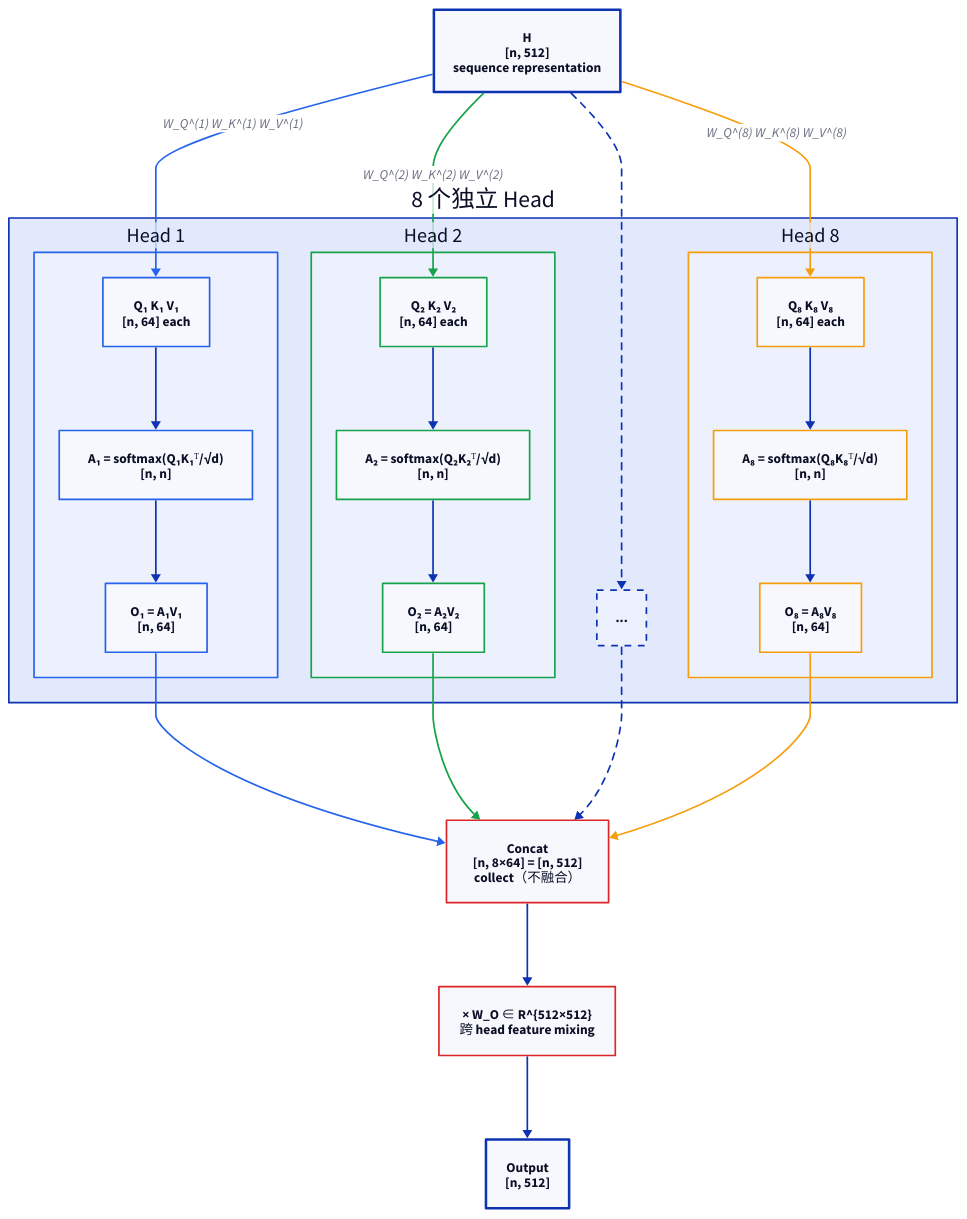
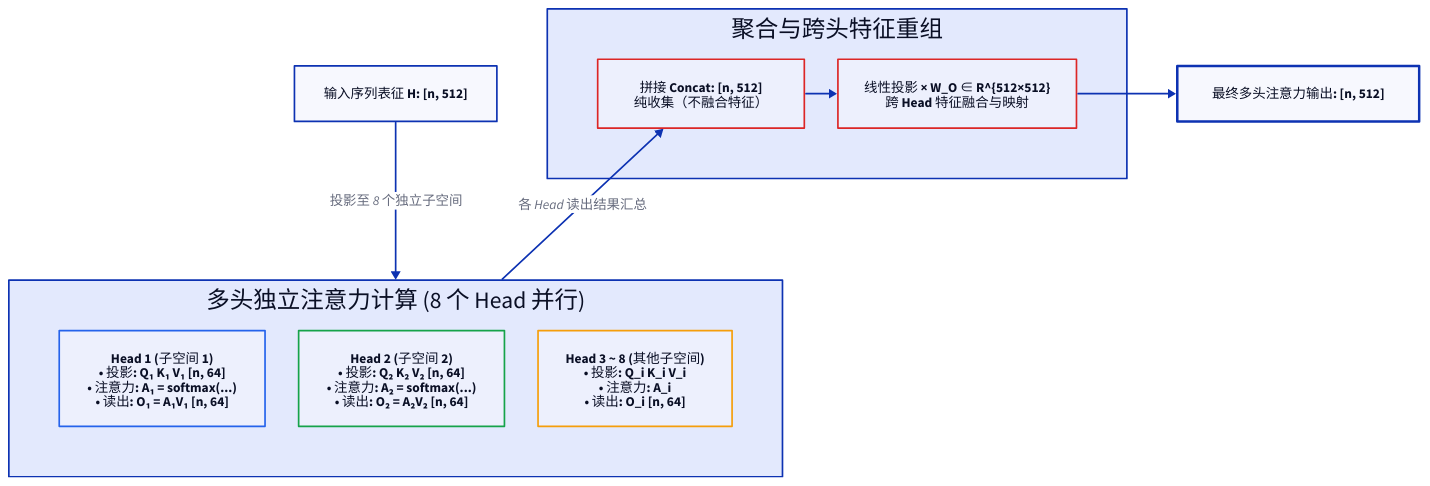
The diagram in images/multi-head-attention/mha-dataflow.d2 (111qqz/111qqz.github.io), drawn with D2 before and after one commit. The commit also changed 664 other files, not shown here.

Commit message:
fix: 修复近一月博文AI味、修正分类并重构超高D2图表 111qqz/hugo-blog@6bf4f5b307e531cbd004f0fceee9afe3fb040510

```diff
--- a/images/multi-head-attention/mha-dataflow.d2
+++ b/images/multi-head-attention/mha-dataflow.d2
@@ -1,116 +1,48 @@
 direction: down
 
-H: "H\n[n, 512]\nsequence representation" {
+H: "输入序列表征 H: [n, 512]" {
+  style.bold: true
+  style.stroke-width: 2
+}
+
+heads: "多头独立注意力计算 (8 个 Head 并行)" {
+  grid-columns: 3
+
+  head1: "Head 1 (子空间 1)\n• 投影: Q₁ K₁ V₁ [n, 64]\n• 注意力: A₁ = softmax(...)\n• 读出: O₁ = A₁V₁ [n, 64]" {
+    style.stroke: "#2563eb"
+    style.bold: true
+  }
+
+  head2: "Head 2 (子空间 2)\n• 投影: Q₂ K₂ V₂ [n, 64]\n• 注意力: A₂ = softmax(...)\n• 读出: O₂ = A₂V₂ [n, 64]" {
+    style.stroke: "#16a34a"
+    style.bold: true
+  }
+
+  head_more: "Head 3 ~ 8 (其他子空间)\n• 投影: Q_i K_i V_i\n• 注意力: A_i\n• 读出: O_i [n, 64]" {
+    style.stroke: "#f59e0b"
+    style.bold: true
+  }
+}
+
+merge: "聚合与跨头特征重组" {
+  grid-columns: 2
+  concat: "拼接 Concat: [n, 512]\n纯收集（不融合特征）" {
+    style.stroke: "#dc2626"
+    style.stroke-width: 2
+  }
+  wo: "线性投影 × W_O ∈ R^{512×512}\n跨 Head 特征融合与映射" {
+    style.stroke: "#dc2626"
+    style.stroke-width: 2
+    style.bold: true
+  }
+  concat -> wo
+}
+
+output: "最终多头注意力输出: [n, 512]" {
   style.bold: true
   style.stroke-width: 3
 }
 
-heads: "8 个独立 Head" {
-  style.stroke-width: 2
-
-  head1: "Head 1" {
-    style.stroke: "#2563eb"
-    style.stroke-width: 2
-
-    proj1: "Q₁ K₁ V₁\n[n, 64] each" {
-      style.stroke: "#2563eb"
-    }
-    attn1: "A₁ = softmax(Q₁K₁ᵀ/√d)\n[n, n]" {
-      style.stroke: "#2563eb"
-    }
-    read1: "O₁ = A₁V₁\n[n, 64]" {
-      style.stroke: "#2563eb"
-      style.bold: true
-    }
-
-    proj1 -> attn1
-    attn1 -> read1
-  }
-
-  head2: "Head 2" {
-    style.stroke: "#16a34a"
-    style.stroke-width: 2
-
-    proj2: "Q₂ K₂ V₂\n[n, 64] each" {
-      style.stroke: "#16a34a"
-    }
-    attn2: "A₂ = softmax(Q₂K₂ᵀ/√d)\n[n, n]" {
-      style.stroke: "#16a34a"
-    }
-    read2: "O₂ = A₂V₂\n[n, 64]" {
-      style.stroke: "#16a34a"
-      style.bold: true
-    }
-
-    proj2 -> attn2
-    attn2 -> read2
-  }
-
-  dots: "..." {
-    style.stroke-dash: 4
-  }
-
-  head8: "Head 8" {
-    style.stroke: "#f59e0b"
-    style.stroke-width: 2
-
-    proj8: "Q₈ K₈ V₈\n[n, 64] each" {
-      style.stroke: "#f59e0b"
-    }
-    attn8: "A₈ = softmax(Q₈K₈ᵀ/√d)\n[n, n]" {
-      style.stroke: "#f59e0b"
-    }
-    read8: "O₈ = A₈V₈\n[n, 64]" {
-      style.stroke: "#f59e0b"
-      style.bold: true
-    }
-
-    proj8 -> attn8
-    attn8 -> read8
-  }
-}
-
-concat: "Concat\n[n, 8×64] = [n, 512]\ncollect（不融合）" {
-  style.stroke: "#dc2626"
-  style.stroke-width: 2
-}
-
-Wo: "× W_O ∈ R^{512×512}\n跨 head feature mixing" {
-  style.stroke: "#dc2626"
-  style.stroke-width: 2
-  style.bold: true
-}
-
-output: "Output\n[n, 512]" {
-  style.bold: true
-  style.stroke-width: 3
-}
-
-H -> heads.head1.proj1: "W_Q^(1) W_K^(1) W_V^(1)" {
-  style.stroke: "#2563eb"
-}
-H -> heads.head2.proj2: "W_Q^(2) W_K^(2) W_V^(2)" {
-  style.stroke: "#16a34a"
-}
-H -> heads.dots {
-  style.stroke-dash: 4
-}
-H -> heads.head8.proj8: "W_Q^(8) W_K^(8) W_V^(8)" {
-  style.stroke: "#f59e0b"
-}
-
-heads.head1.read1 -> concat {
-  style.stroke: "#2563eb"
-}
-heads.head2.read2 -> concat {
-  style.stroke: "#16a34a"
-}
-heads.dots -> concat {
-  style.stroke-dash: 4
-}
-heads.head8.read8 -> concat {
-  style.stroke: "#f59e0b"
-}
-
-concat -> Wo
-Wo -> output
+H -> heads: "投影至 8 个独立子空间"
+heads -> merge.concat: "各 Head 读出结果汇总"
+merge.wo -> output
```
